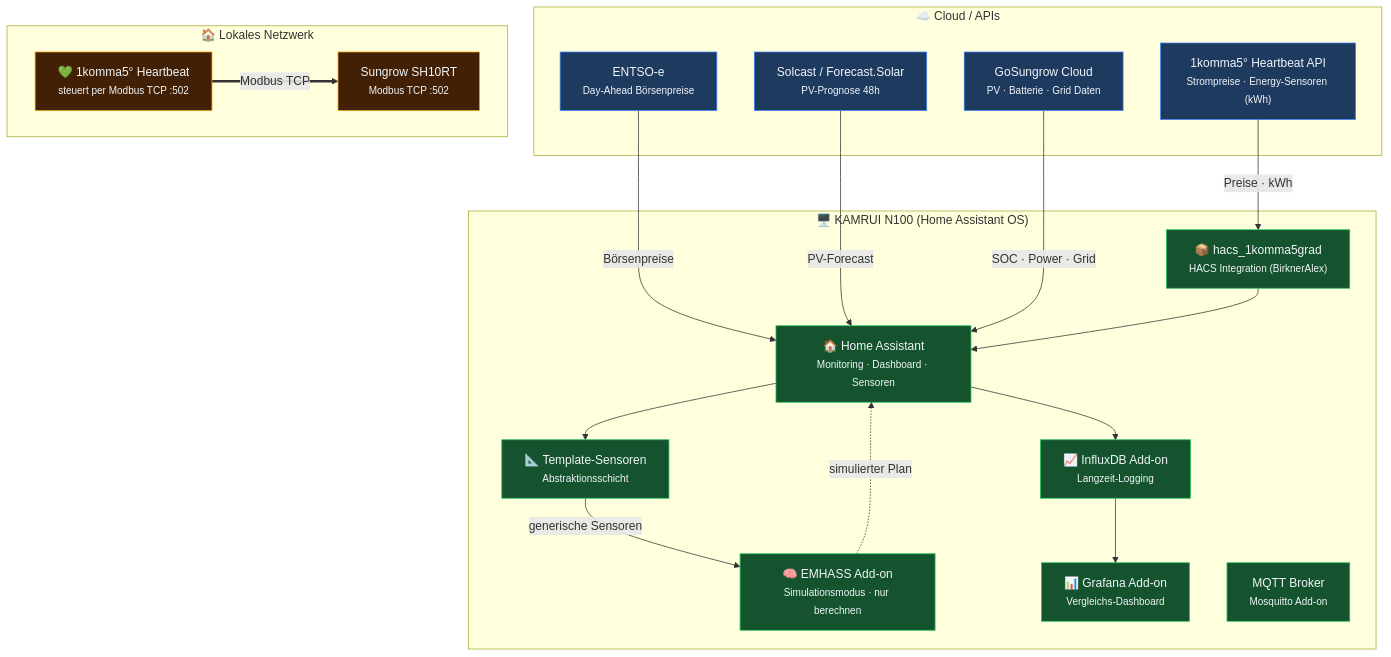
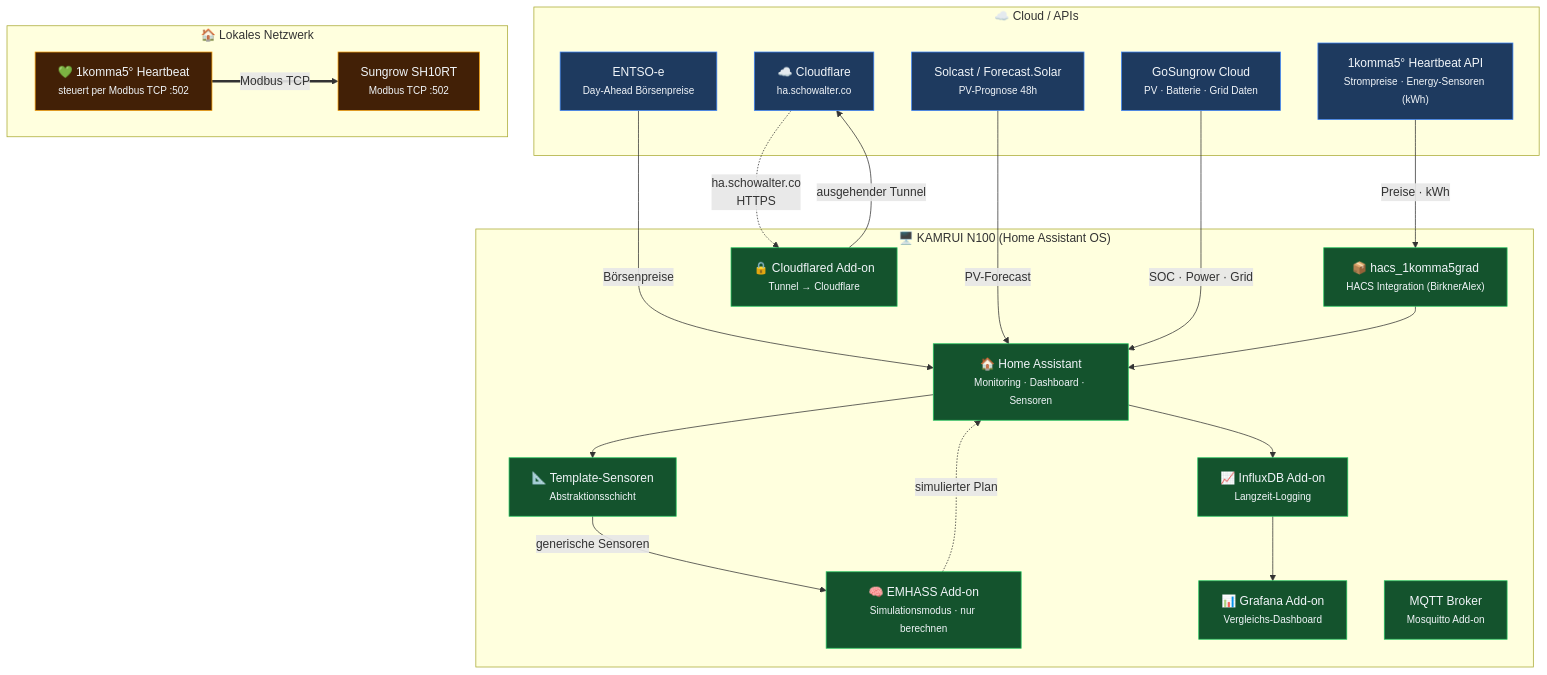
Before and after one commit to schowave/energy-management: the first of 3 diagrams in docs/architektur.md, drawn with Mermaid. The commit also changed other lines of this file and 2 other files, not shown here.

Commit message:
Adds cloudflare

````diff
--- a/docs/architektur.md
+++ b/docs/architektur.md
@@ -9,50 +9,56 @@
 ```mermaid
 graph TB
     subgraph CLOUD["☁️ Cloud / APIs"]
         ENTSOE["ENTSO-e<br/><small>Day-Ahead Börsenpreise</small>"]
         SOLCAST["Solcast / Forecast.Solar<br/><small>PV-Prognose 48h</small>"]
         GOSUNGROW["GoSungrow Cloud<br/><small>PV · Batterie · Grid Daten</small>"]
         HB_API["1komma5° Heartbeat API<br/><small>Strompreise · Energy-Sensoren (kWh)</small>"]
+        CF["☁️ Cloudflare<br/><small>ha.schowalter.co</small>"]
     end
 
     subgraph N100P1["🖥️ KAMRUI N100 (Home Assistant OS)"]
         HAP1["🏠 Home Assistant<br/><small>Monitoring · Dashboard · Sensoren</small>"]
         HACS_1K5["📦 hacs_1komma5grad<br/><small>HACS Integration (BirknerAlex)</small>"]
         TMPL["📐 Template-Sensoren<br/><small>Abstraktionsschicht</small>"]
         EMHASSP1["🧠 EMHASS Add-on<br/><small>Simulationsmodus · nur berechnen</small>"]
         INFLUXP1["📈 InfluxDB Add-on<br/><small>Langzeit-Logging</small>"]
         GRAFANAP1["📊 Grafana Add-on<br/><small>Vergleichs-Dashboard</small>"]
         MQTTP1["MQTT Broker<br/><small>Mosquitto Add-on</small>"]
+        CFD_P1["🔒 Cloudflared Add-on<br/><small>Tunnel → Cloudflare</small>"]
     end
 
     subgraph LOKAL1["🏠 Lokales Netzwerk"]
         HEARTBEAT["💚 1komma5° Heartbeat<br/><small>steuert per Modbus TCP :502</small>"]
         SUNGROW1["Sungrow SH10RT<br/><small>Modbus TCP :502</small>"]
     end
 
     %% Cloud → HA (nur lesend)
     ENTSOE -->|Börsenpreise| HAP1
     SOLCAST -->|PV-Forecast| HAP1
     GOSUNGROW -->|SOC · Power · Grid| HAP1
     HB_API -->|Preise · kWh| HACS_1K5
     HACS_1K5 --> HAP1
 
     %% HA → Template → EMHASS
     HAP1 --> TMPL
     TMPL -->|generische Sensoren| EMHASSP1
     EMHASSP1 -.->|simulierter Plan| HAP1
     HAP1 --> INFLUXP1
     INFLUXP1 --> GRAFANAP1
 
     %% Heartbeat steuert (HA hat keinen Modbus-Zugriff)
     HEARTBEAT ==>|Modbus TCP| SUNGROW1
 
+    %% Cloudflare Tunnel (Remote-Zugriff)
+    CFD_P1 -->|ausgehender Tunnel| CF
+    CF -.->|"ha.schowalter.co<br/>HTTPS"| CFD_P1
+
     %% Styling
     classDef cloud fill:#1e3a5f,stroke:#3b82f6,color:#f1f5f9
     classDef haos fill:#14532d,stroke:#22c55e,color:#f1f5f9
     classDef lokal fill:#422006,stroke:#f59e0b,color:#f1f5f9
 
-    class ENTSOE,SOLCAST,GOSUNGROW,HB_API cloud
-    class HAP1,HACS_1K5,TMPL,EMHASSP1,INFLUXP1,GRAFANAP1,MQTTP1 haos
+    class ENTSOE,SOLCAST,GOSUNGROW,HB_API,CF cloud
+    class HAP1,HACS_1K5,TMPL,EMHASSP1,INFLUXP1,GRAFANAP1,MQTTP1,CFD_P1 haos
     class HEARTBEAT,SUNGROW1 lokal
 ```
````
